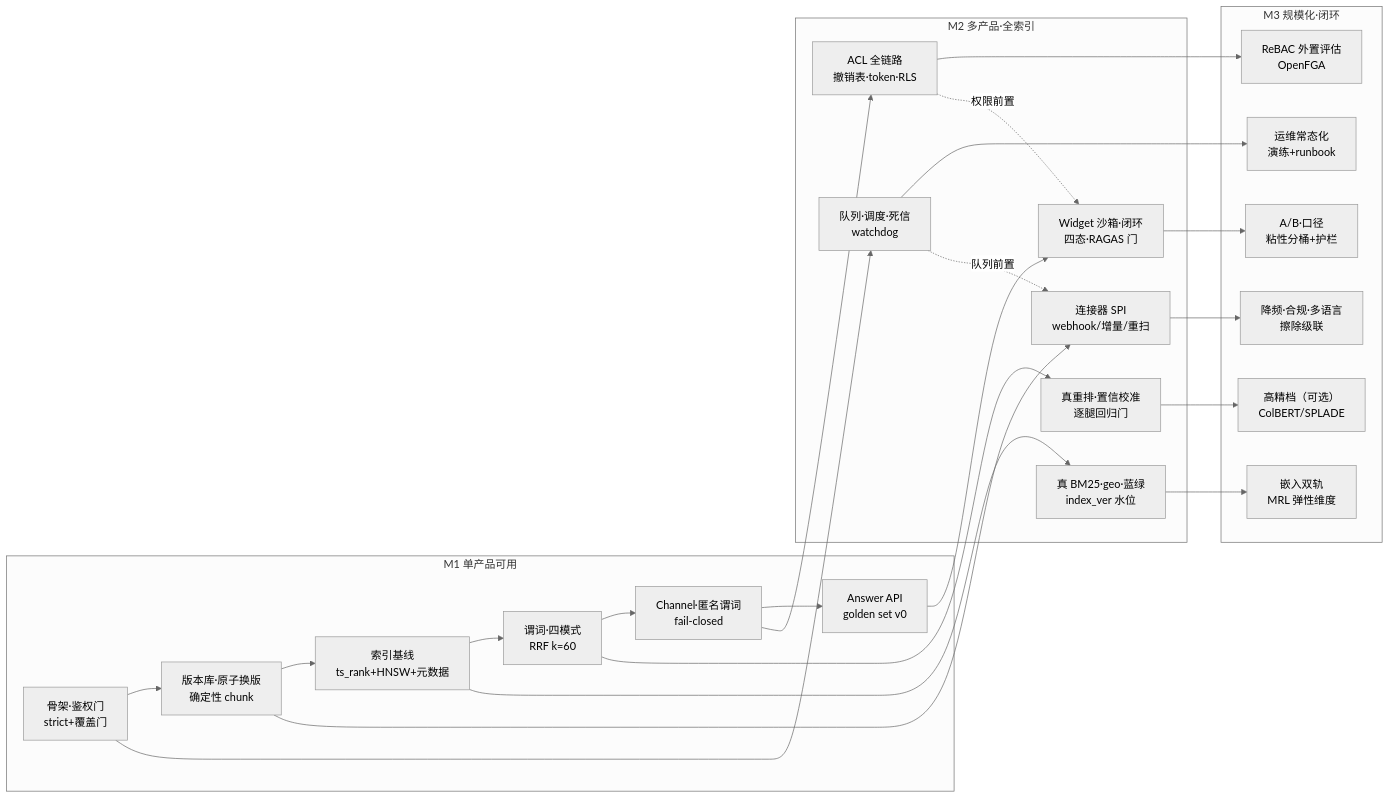
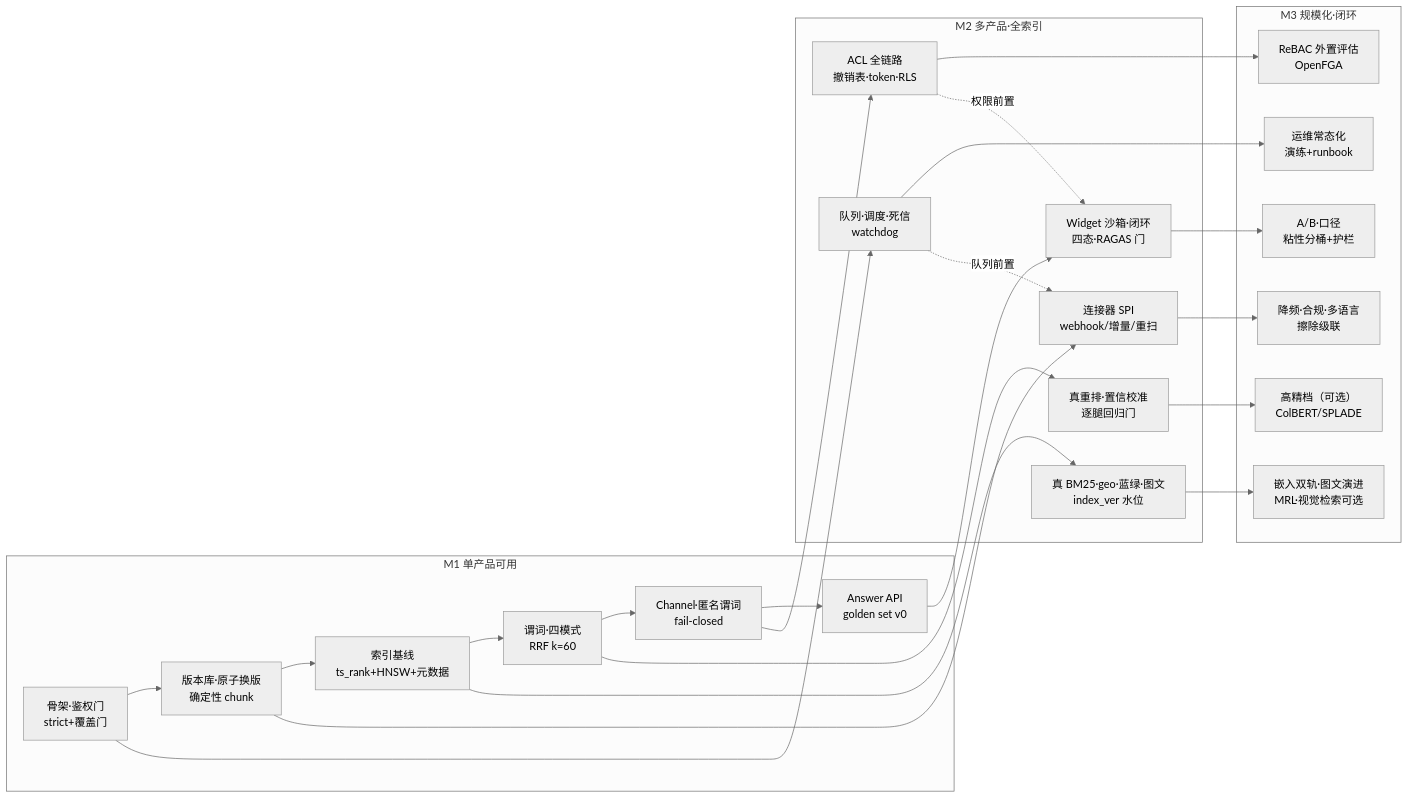
The diagram in docs/assets/mermaid/design/knowledge-base-platform--roadmap.mmd (ThreeFish-AI/negentropy), drawn with Mermaid (neutral theme) before and after one commit. The commit also changed 24 other files, not shown here.

First line of the commit message:
docs(kbp): 图文混合索引进范围与三项扩展能力预留——version_key 纳媒体清单、caption 缓存键含语境、P2-8/9 新任务与两图重渲（I-248）;

```diff
--- a/docs/assets/mermaid/design/knowledge-base-platform--roadmap.mmd
+++ b/docs/assets/mermaid/design/knowledge-base-platform--roadmap.mmd
@@ -1,39 +1,40 @@
 %%source: docs/concepts/design/knowledge-base-platform-implementation.md §1 总路线图（六工作流 P0–P5 × 里程碑 M1–M3，横版：列=工作流，行=里程碑）
 %%slug: design/knowledge-base-platform--roadmap
 %%type: workflow
 %%derived: 新创作，无原文 mermaid 块；知识库平台独立新建平台实施路线
 %%fix: 初版六泳道纵版 viewport-height 不过（837×912），改为横版三泳道（M1/M2/M3）×六列（P0–P5）一次过门
+%%fix: 图文混合索引进 M2（P2-8：图片资产/VLM caption/跨模态向量腿）、页面级视觉检索列 M3 可选（P2-9）——I1/I2 卡片文案同步实施计划 §1
 flowchart LR
   subgraph M1["M1 单产品可用"]
     G0["骨架·鉴权门<br/>strict+覆盖门"]
     D0["版本库·原子换版<br/>确定性 chunk"]
     I0["索引基线<br/>ts_rank+HNSW+元数据"]
     R0["谓词·四模式<br/>RRF k=60"]
     A0["Channel·匿名谓词<br/>fail-closed"]
     W0["Answer API<br/>golden set v0"]
     G0 --> D0 --> I0 --> R0 --> A0 --> W0
   end
   subgraph M2["M2 多产品·全索引"]
     G1["队列·调度·死信<br/>watchdog"]
     D1["连接器 SPI<br/>webhook/增量/重扫"]
-    I1["真 BM25·geo·蓝绿<br/>index_ver 水位"]
+    I1["真 BM25·geo·蓝绿·图文<br/>index_ver 水位"]
     R1["真重排·置信校准<br/>逐腿回归门"]
     A1["ACL 全链路<br/>撤销表·token·RLS"]
     W1["Widget 沙箱·闭环<br/>四态·RAGAS 门"]
   end
   subgraph M3["M3 规模化·闭环"]
     G2["运维常态化<br/>演练+runbook"]
     D2["降频·合规·多语言<br/>擦除级联"]
-    I2["嵌入双轨<br/>MRL 弹性维度"]
+    I2["嵌入双轨·图文演进<br/>MRL·视觉检索可选"]
     R2["高精档（可选）<br/>ColBERT/SPLADE"]
     A2["ReBAC 外置评估<br/>OpenFGA"]
     W2["A/B·口径<br/>粘性分桶+护栏"]
   end
   G0 --> G1 --> G2
   D0 --> D1 --> D2
   I0 --> I1 --> I2
   R0 --> R1 --> R2
   A0 --> A1 --> A2
   W0 --> W1 --> W2
   G1 -.队列前置.-> D1
   A1 -.权限前置.-> W1
```
